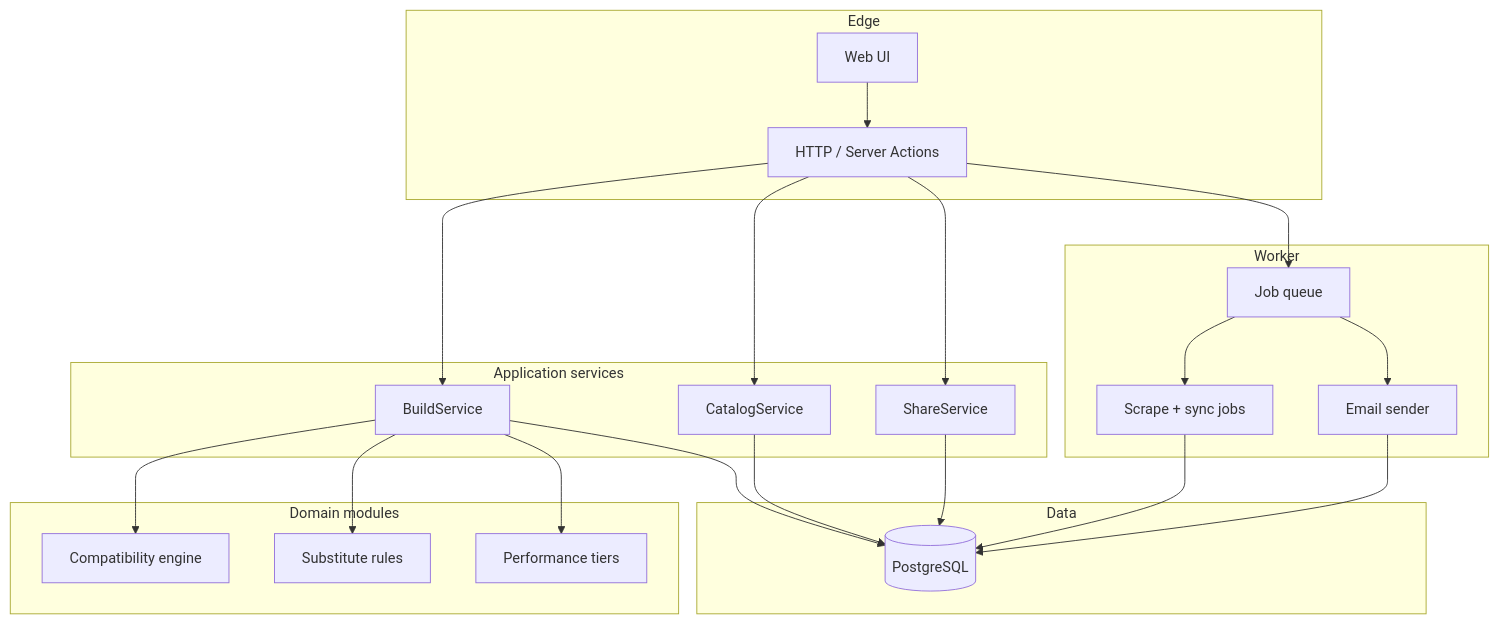
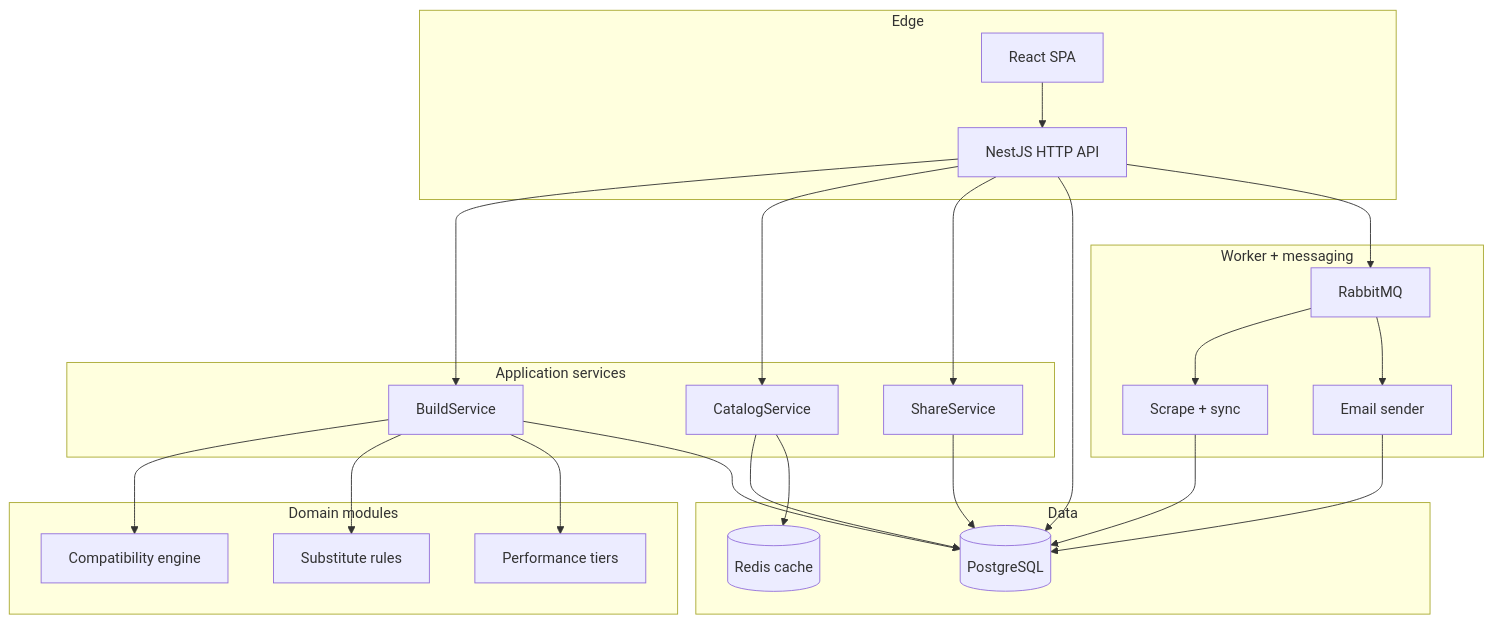
Before and after one commit to pncnaveen/pc-part-picker-builder: the first of 3 diagrams in _bmad-output/initiative-pc-part-picker-builder/architecture-pc-part-picker-builder/architecture-pc-part-picker-builder.md, drawn with Mermaid. The commit also changed other lines of this file and 2 other files, not shown here.

First line of the commit message:
Update architecture spine for Nest/React split and RabbitMQ stack.

````diff
--- a/_bmad-output/initiative-pc-part-picker-builder/architecture-pc-part-picker-builder/architecture-pc-part-picker-builder.md
+++ b/_bmad-output/initiative-pc-part-picker-builder/architecture-pc-part-picker-builder/architecture-pc-part-picker-builder.md
@@ -23,40 +23,43 @@
 ```mermaid
 flowchart TB
   subgraph edge [Edge]
-    UI[Web UI]
-    API[HTTP / Server Actions]
+    UI[React SPA]
+    API[NestJS HTTP API]
   end
   subgraph app [Application services]
     BS[BuildService]
     CS[CatalogService]
     SS[ShareService]
   end
   subgraph domain [Domain modules]
     CE[Compatibility engine]
     SUB[Substitute rules]
     PERF[Performance tiers]
   end
   subgraph data [Data]
     PG[(PostgreSQL)]
+    RD[(Redis cache)]
   end
-  subgraph async [Worker]
-    Q[Job queue]
-    SCR[Scrape + sync jobs]
+  subgraph async [Worker + messaging]
+    RMQ[RabbitMQ]
+    SCR[Scrape + sync]
     EM[Email sender]
   end
   UI --> API
   API --> BS
   API --> CS
   API --> SS
   BS --> CE
   BS --> SUB
   BS --> PERF
   BS --> PG
   CS --> PG
+  CS --> RD
   SS --> PG
-  API --> Q
-  Q --> SCR
-  Q --> EM
+  API --> PG
+  API --> RMQ
+  RMQ --> SCR
+  RMQ --> EM
   SCR --> PG
   EM --> PG
 ```
````
